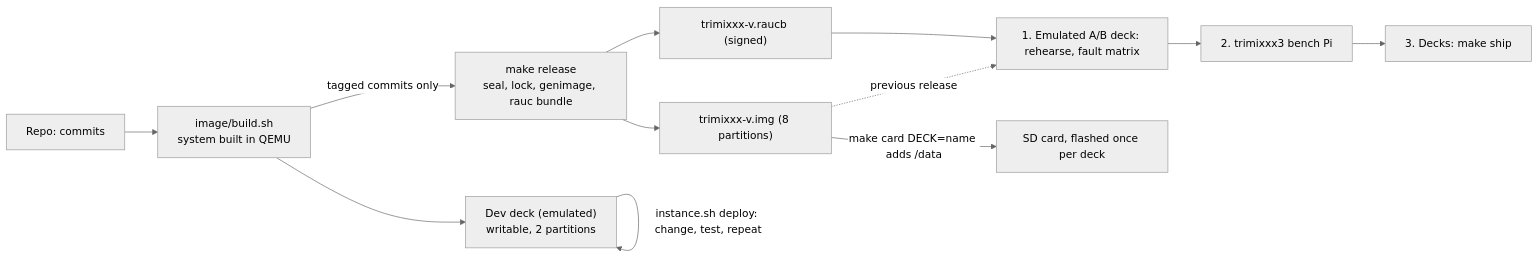
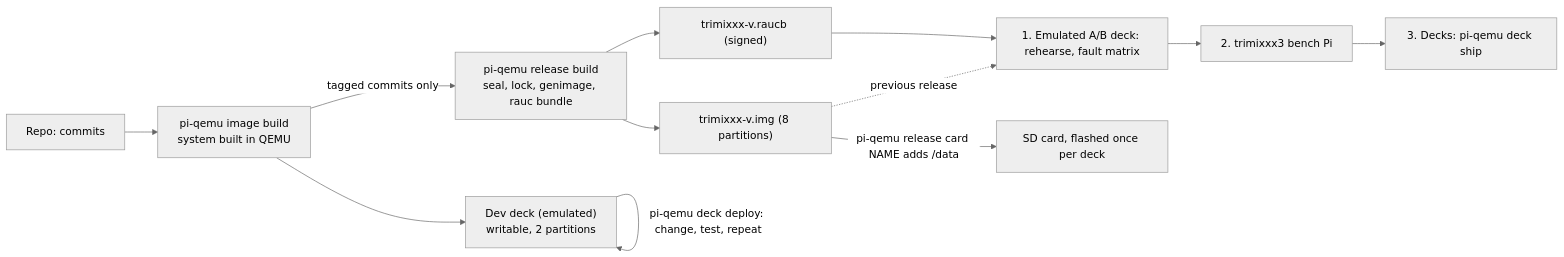
The sixth of 6 diagrams in pi-qemu/rauc-pi-4-report.md (usr-ein/TriMixxx), drawn with Mermaid (neutral theme) before and after one commit. The commit also changed other lines of this file and 29 other files, not shown here.

````diff
--- a/pi-qemu/rauc-pi-4-report.md
+++ b/pi-qemu/rauc-pi-4-report.md
@@ -269,14 +269,14 @@
 ```mermaid
 flowchart LR
-  REPO["Repo: commits"] --> BUILD["image/build.sh<br/>system built in QEMU"]
+  REPO["Repo: commits"] --> BUILD["pi-qemu image build<br/>system built in QEMU"]
   BUILD --> DEV["Dev deck (emulated)<br/>writable, 2 partitions"]
-  DEV -->|"instance.sh deploy: change, test, repeat"| DEV
-  BUILD -->|tagged commits only| REL["make release<br/>seal, lock, genimage, rauc bundle"]
+  DEV -->|"pi-qemu deck deploy: change, test, repeat"| DEV
+  BUILD -->|tagged commits only| REL["pi-qemu release build<br/>seal, lock, genimage, rauc bundle"]
   REL --> BUNDLE["trimixxx-v.raucb (signed)"]
   REL --> IMG["trimixxx-v.img (8 partitions)"]
   BUNDLE --> AB["1. Emulated A/B deck: rehearse, fault matrix"]
   AB --> BENCH["2. trimixxx3 bench Pi"]
-  BENCH --> DECKS["3. Decks: make ship"]
-  IMG -->|"make card DECK=name adds /data"| SD["SD card, flashed once per deck"]
+  BENCH --> DECKS["3. Decks: pi-qemu deck ship"]
+  IMG -->|"pi-qemu release card NAME adds /data"| SD["SD card, flashed once per deck"]
   IMG -.->|previous release| AB
 ```
````
